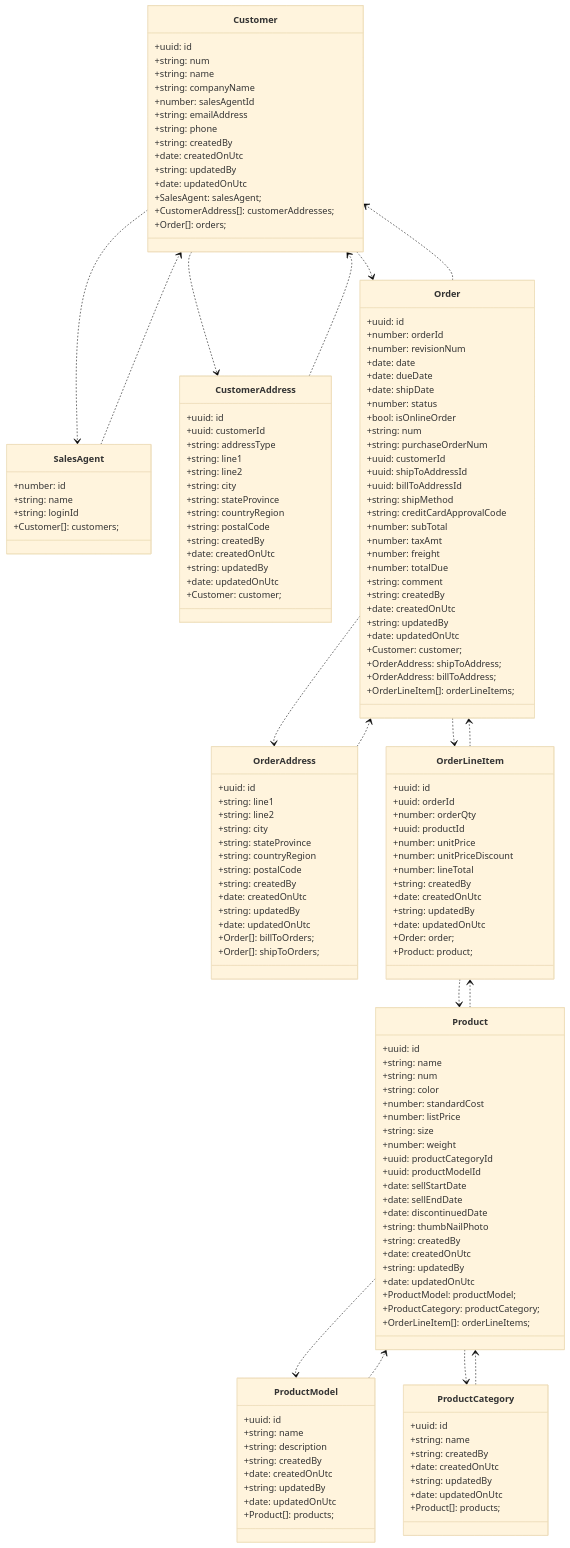
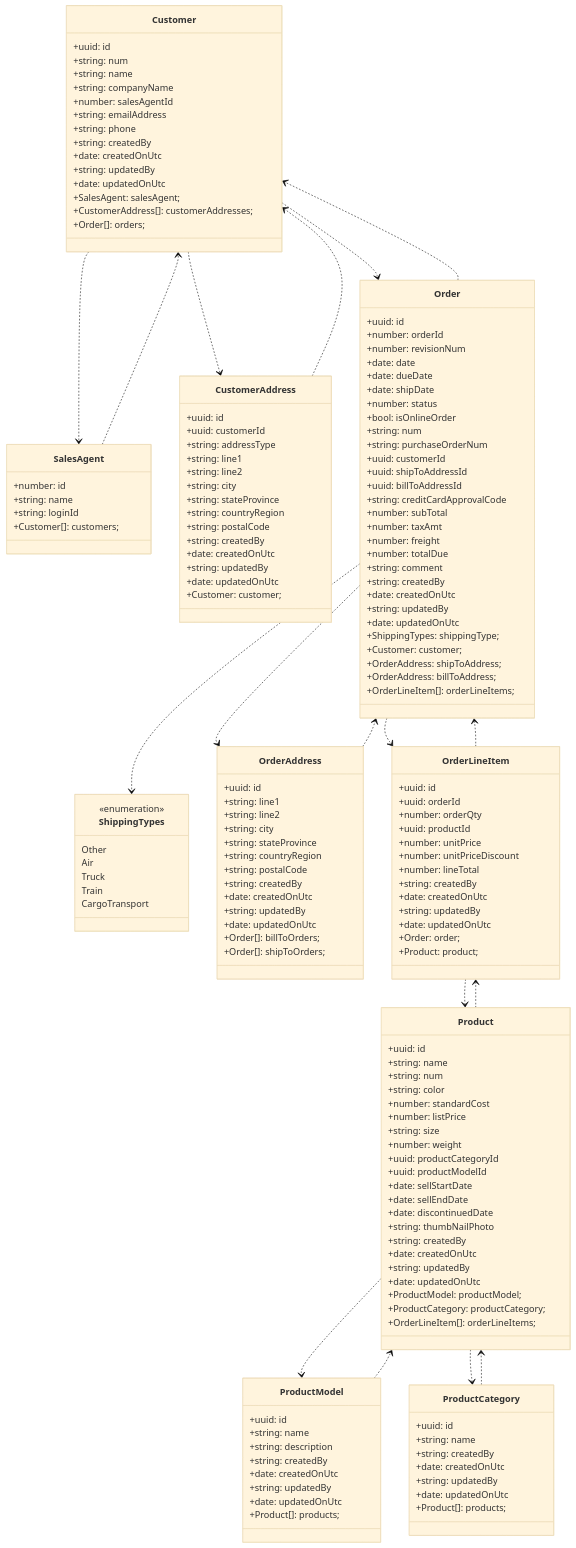
Before and after one commit to ikemtz/AngularMonoRepo: the diagram in src/apps/adventure-works/diagrams/webapi/class-diagram.md, drawn with Mermaid (base theme). The commit also changed 140 other files, not shown here.

````diff
--- a/src/apps/adventure-works/diagrams/webapi/class-diagram.md
+++ b/src/apps/adventure-works/diagrams/webapi/class-diagram.md
@@ -5,6 +5,7 @@
   Customer ..> CustomerAddress
   Customer ..> Order
   CustomerAddress ..> Customer
+  Order ..> ShippingTypes
   Order ..> Customer
   Order ..> OrderAddress
   Order ..> OrderLineItem
@@ -64,7 +65,6 @@
     +uuid: customerId
     +uuid: shipToAddressId
     +uuid: billToAddressId
-    +string: shipMethod
     +string: creditCardApprovalCode
     +number: subTotal
     +number: taxAmt
@@ -75,6 +75,7 @@
     +date: createdOnUtc
     +string: updatedBy
     +date: updatedOnUtc
+    +ShippingTypes: shippingType;
     +Customer: customer;
     +OrderAddress: shipToAddress;
     +OrderAddress: billToAddress;
@@ -158,4 +159,12 @@
     +string: loginId
     +Customer[]: customers;
   }
+  class ShippingTypes{
+    <<enumeration>>
+    Other
+    Air
+    Truck
+    Train
+    CargoTransport
+  }
 ```
````
